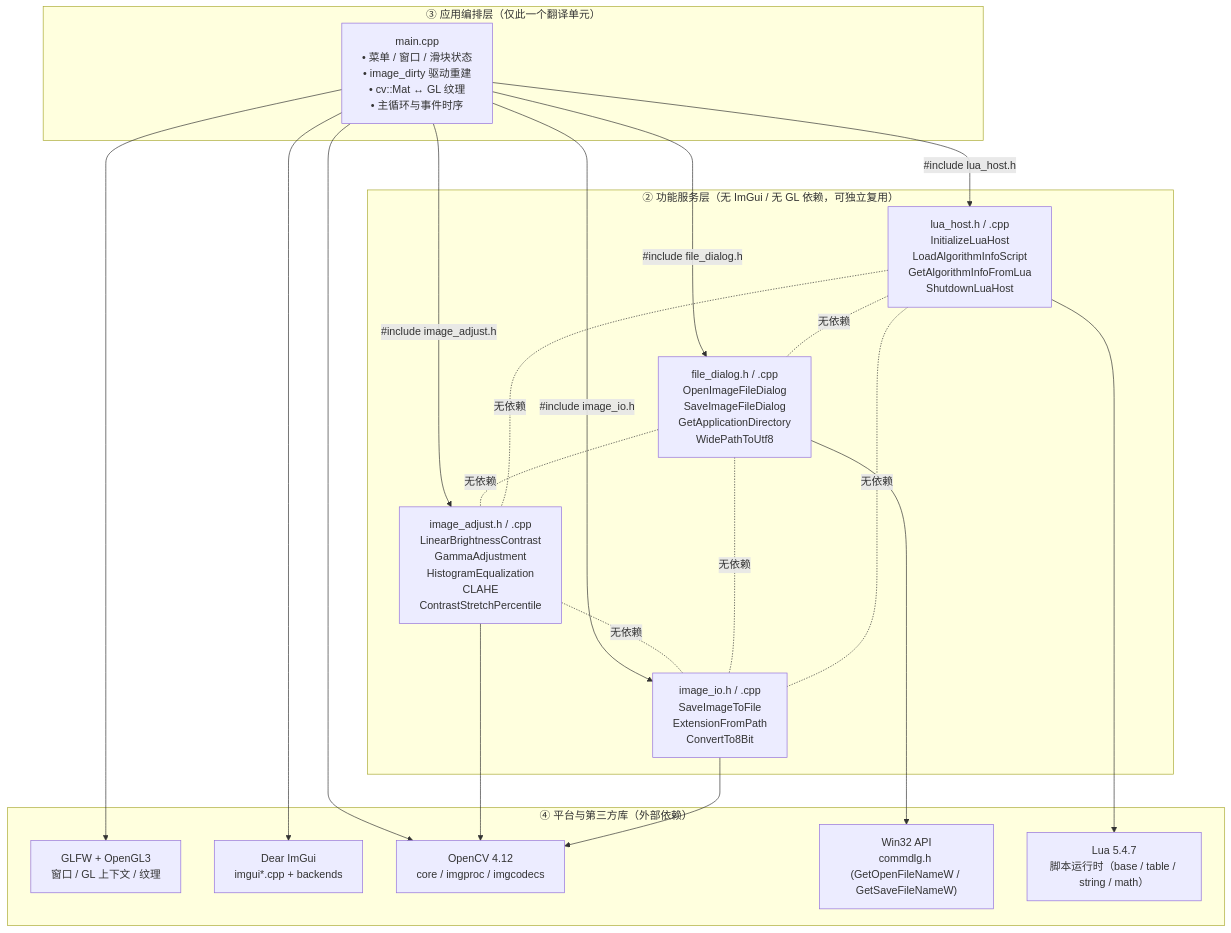
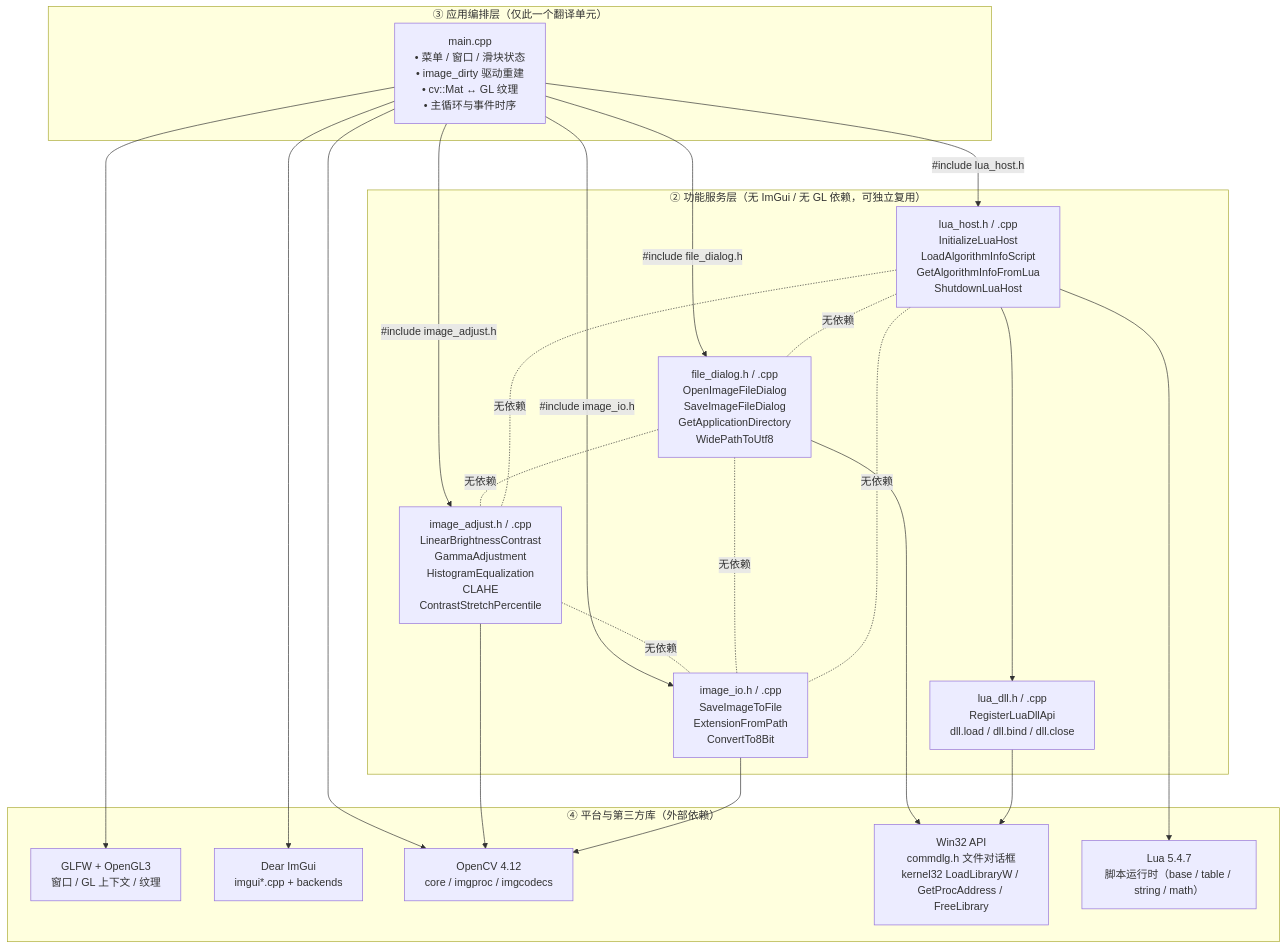
The first of 3 diagrams in README.md (YunKaiRiYueLang/image_contrast_light_tools), drawn with Mermaid before and after one commit. The commit also changed other lines of this file, not shown here.

Commit message:
Document Lua DLL binding and DLL test dialog

````diff
--- a/README.md
+++ b/README.md
@@ -23,40 +24,43 @@
 ```mermaid
 graph TD
     subgraph L4["④ 平台与第三方库（外部依赖）"]
         GLFW["GLFW + OpenGL3<br/>窗口 / GL 上下文 / 纹理"]
         IMGUI["Dear ImGui<br/>imgui*.cpp + backends"]
         OCV["OpenCV 4.12<br/>core / imgproc / imgcodecs"]
-        WIN["Win32 API<br/>commdlg.h (GetOpenFileNameW / GetSaveFileNameW)"]
+        WIN["Win32 API<br/>commdlg.h 文件对话框<br/>kernel32 LoadLibraryW / GetProcAddress / FreeLibrary"]
         LUA["Lua 5.4.7<br/>脚本运行时（base / table / string / math）"]
     end
 
     subgraph L3["③ 应用编排层（仅此一个翻译单元）"]
         MAIN["main.cpp<br/>• 菜单 / 窗口 / 滑块状态<br/>• image_dirty 驱动重建<br/>• cv::Mat ↔ GL 纹理<br/>• 主循环与事件时序"]
     end
 
     subgraph L2["② 功能服务层（无 ImGui / 无 GL 依赖，可独立复用）"]
         FD["file_dialog.h / .cpp<br/>OpenImageFileDialog<br/>SaveImageFileDialog<br/>GetApplicationDirectory<br/>WidePathToUtf8"]
         IA["image_adjust.h / .cpp<br/>LinearBrightnessContrast<br/>GammaAdjustment<br/>HistogramEqualization<br/>CLAHE<br/>ContrastStretchPercentile"]
         IO["image_io.h / .cpp<br/>SaveImageToFile<br/>ExtensionFromPath<br/>ConvertTo8Bit"]
         LHOST["lua_host.h / .cpp<br/>InitializeLuaHost<br/>LoadAlgorithmInfoScript<br/>GetAlgorithmInfoFromLua<br/>ShutdownLuaHost"]
+        LDLL["lua_dll.h / .cpp<br/>RegisterLuaDllApi<br/>dll.load / dll.bind / dll.close"]
     end
 
     MAIN -->|"#include file_dialog.h"| FD
     MAIN -->|"#include image_adjust.h"| IA
     MAIN -->|"#include image_io.h"| IO
     MAIN -->|"#include lua_host.h"| LHOST
     MAIN --> IMGUI
     MAIN --> GLFW
     MAIN --> OCV
     FD --> WIN
     IA --> OCV
     IO --> OCV
     LHOST --> LUA
+    LHOST --> LDLL
+    LDLL --> WIN
 
     FD -. "无依赖" .- IA
     IA -. "无依赖" .- IO
     FD -. "无依赖" .- IO
     LHOST -. "无依赖" .- FD
     LHOST -. "无依赖" .- IA
     LHOST -. "无依赖" .- IO
 ```
````
